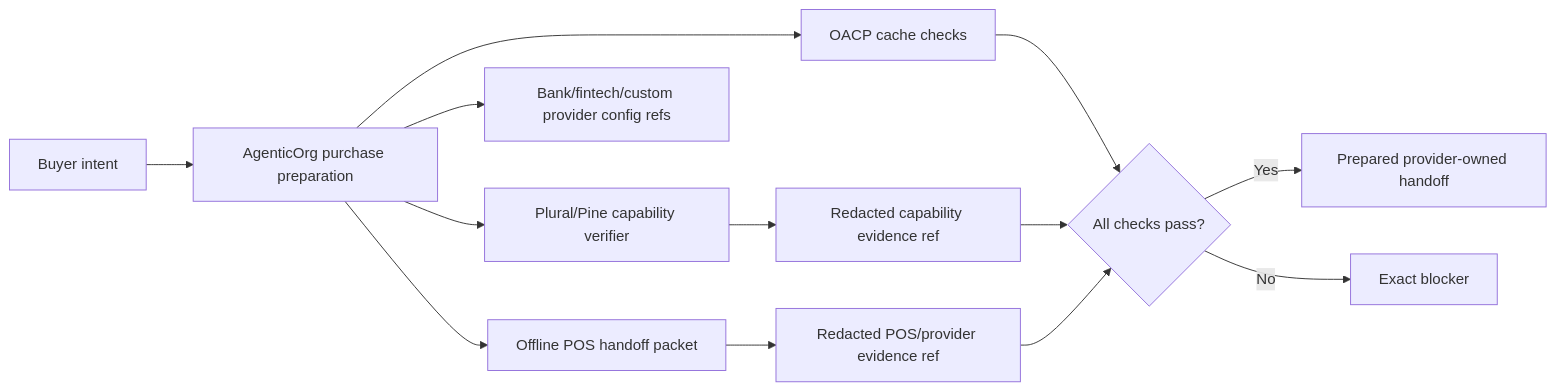
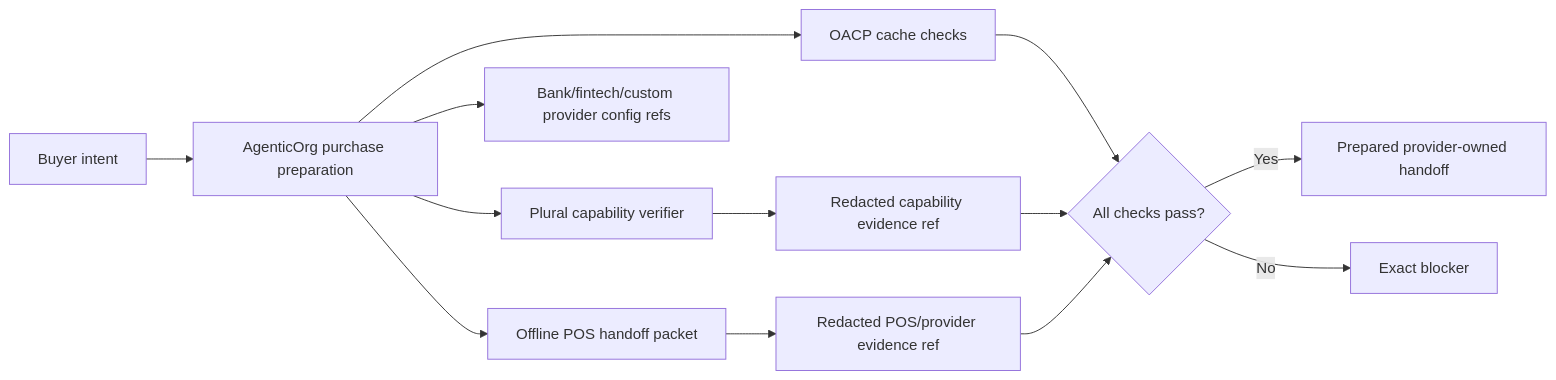
One commit to mishrasanjeev/grantex changed the diagram in docs/guides/oacp/provider-payment-boundary.mdx. Above: the diagram before and after it, drawn with Mermaid. The commit also changed 51 other files, not shown here.

````diff
--- a/docs/guides/oacp/provider-payment-boundary.mdx
+++ b/docs/guides/oacp/provider-payment-boundary.mdx
@@ -11,15 +11,15 @@
 ```mermaid
 flowchart LR
   buyer[Buyer intent] --> agentic[AgenticOrg purchase preparation]
   agentic --> cache[OACP cache checks]
-  agentic --> verifier[Plural/Pine capability verifier]
+  agentic --> verifier[Plural capability verifier]
   agentic --> bank[Bank/fintech/custom provider config refs]
   agentic --> pos[Offline POS handoff packet]
   verifier --> ref[Redacted capability evidence ref]
   pos --> posref[Redacted POS/provider evidence ref]
   cache --> result{All checks pass?}
   ref --> result
   posref --> result
   result -->|Yes| prepared[Prepared provider-owned handoff]
   result -->|No| blocker[Exact blocker]
 ```
````
